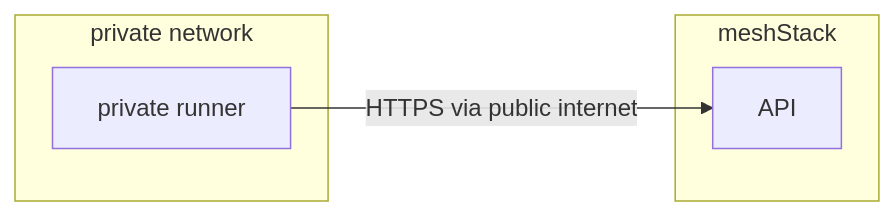
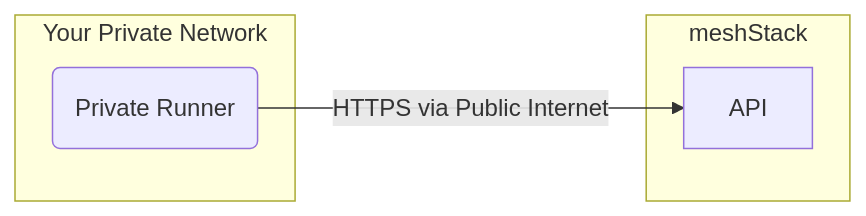
The diagram in docs/meshstack.building-blocks.private-runners.md (meshcloud/meshcloud-docs), drawn with Mermaid before and after one commit. The commit also changed other lines of this file, not shown here.

Commit message:
Extend private runner docs.

````diff
--- a/docs/meshstack.building-blocks.private-runners.md
+++ b/docs/meshstack.building-blocks.private-runners.md
@@ -27,13 +18,13 @@
 ```mermaid
 graph LR
 
 subgraph meshStack
   API
 end
 
-subgraph private network
-  runner[private runner]
+subgraph "Your Private Network"
+  runner(Private Runner)
 end
 
-runner --HTTPS via public internet--> API
+runner -- HTTPS via Public Internet --> API
 ```
````
